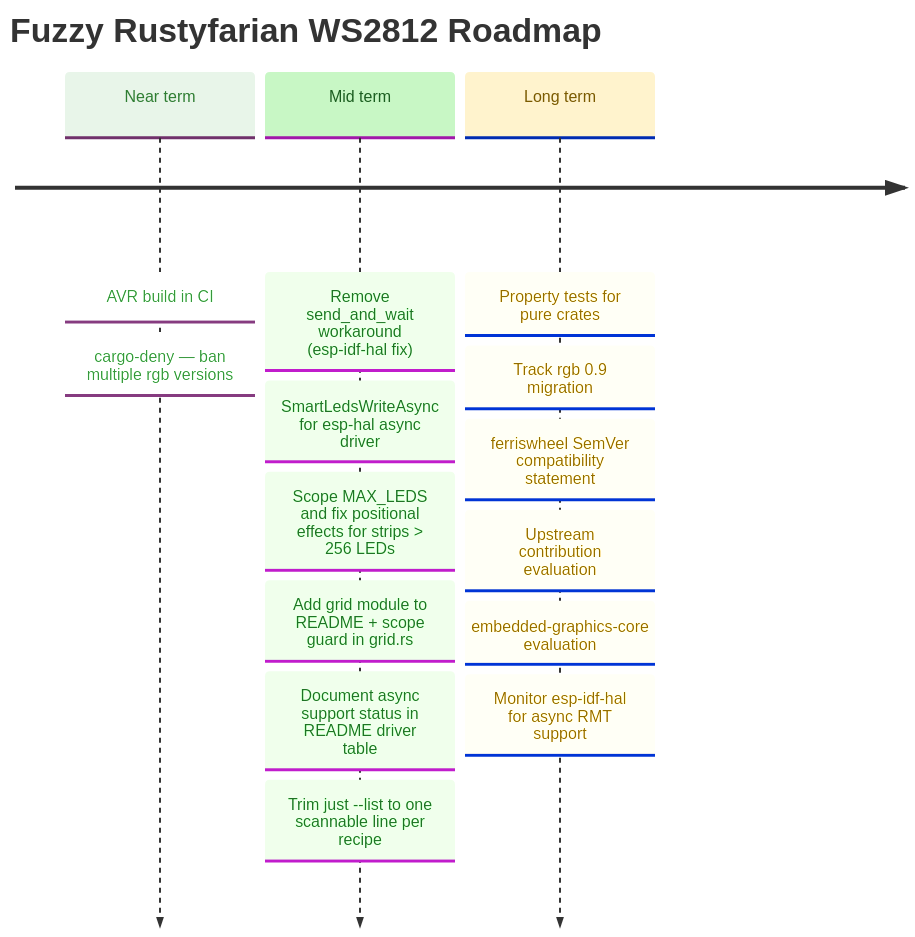
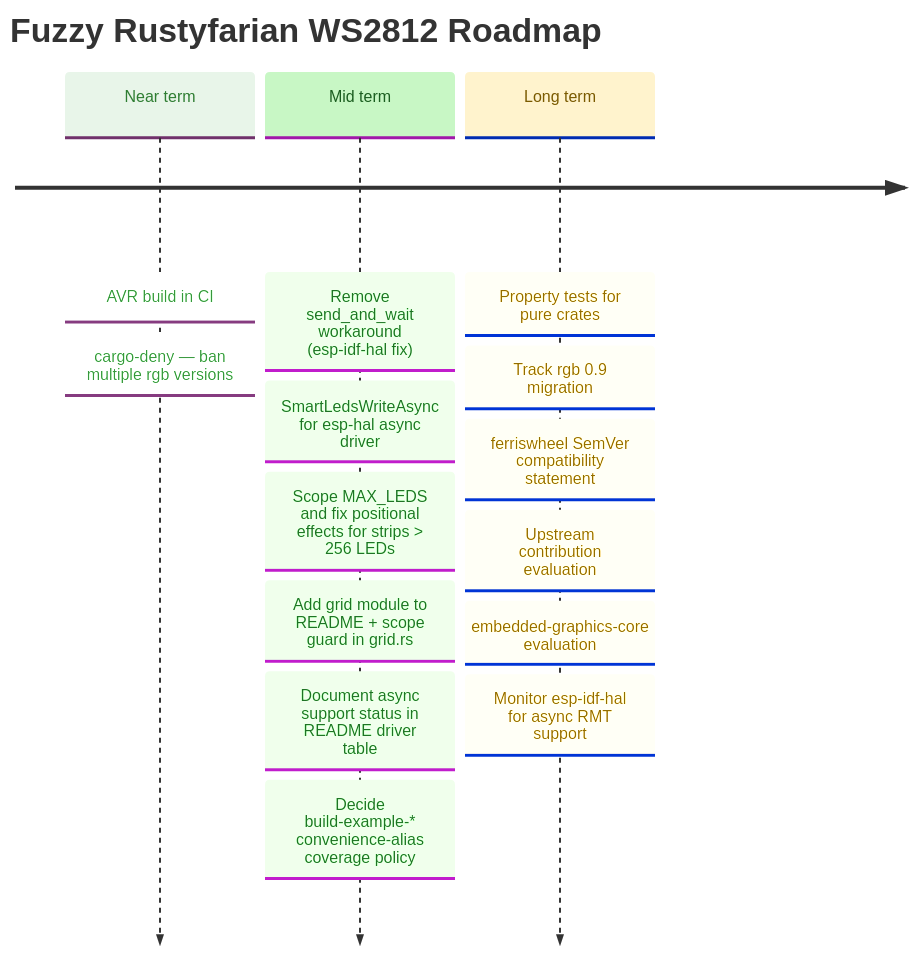
One commit to datenkollektiv/rustyfarian-ws2812 changed the diagram in docs/ROADMAP.md. Above: the diagram before and after it, drawn with Mermaid. The commit also changed other lines of this file and 4 other files, not shown here.

````diff
--- a/docs/ROADMAP.md
+++ b/docs/ROADMAP.md
@@ -18,35 +21,35 @@
 ```mermaid
 %%{init: {
   "theme": "base",
   "themeVariables": {
     "cScale0": "#e8f5e9",
     "cScaleLabel0": "#2e7d32",
     "cScale1": "#c8f7c5",
     "cScaleLabel1": "#1b5e20",
     "cScale2": "#fff3cd",
     "cScaleLabel2": "#7a5a00",
     "cScale3": "#e3f2fd",
     "cScaleLabel3": "#0d47a1"
   }
 }}%%
 
 timeline
     title Fuzzy Rustyfarian WS2812 Roadmap
 
     Near term : AVR build in CI
               : cargo-deny — ban multiple rgb versions
 
     Mid term  : Remove send_and_wait workaround (esp-idf-hal fix)
               : SmartLedsWriteAsync for esp-hal async driver
               : Scope MAX_LEDS and fix positional effects for strips > 256 LEDs
               : Add grid module to README + scope guard in grid.rs
               : Document async support status in README driver table
-              : Trim just --list to one scannable line per recipe
+              : Decide build-example-* convenience-alias coverage policy
 
     Long term : Property tests for pure crates
               : Track rgb 0.9 migration
               : ferriswheel SemVer compatibility statement
               : Upstream contribution evaluation
               : embedded-graphics-core evaluation
               : Monitor esp-idf-hal for async RMT support
 ```
````
